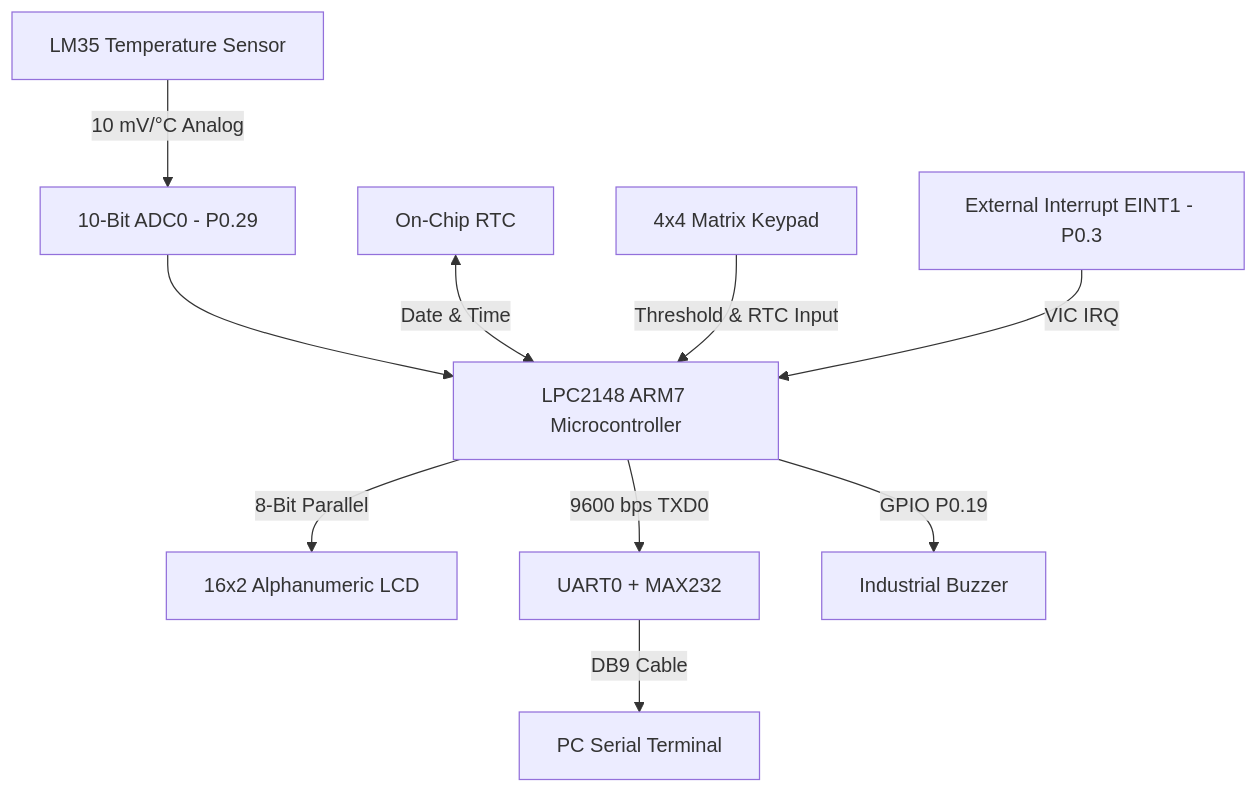
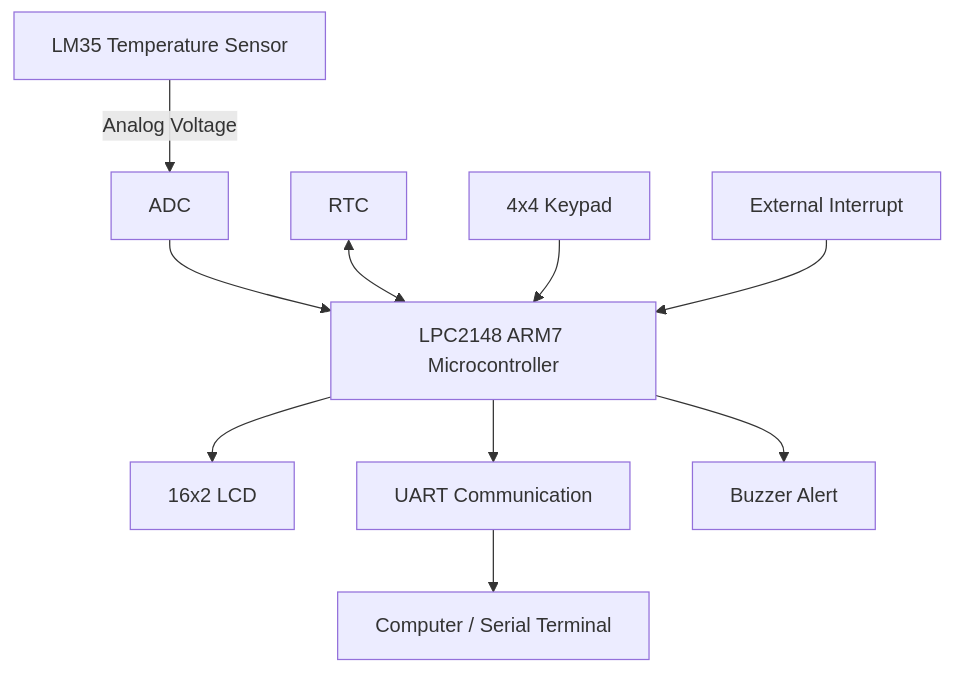
One commit to maghambhanu/LPC2148-Industrial-Environment-Monitor changed the first of 10 diagrams in README.md. Above: the diagram before and after it, drawn with Mermaid. The commit also changed other lines of this file, not shown here.

````diff
--- a/README.md
+++ b/README.md
@@ -71,12 +61,12 @@
 ```mermaid
 flowchart TD
-    A[LM35 Temperature Sensor] -->|10 mV/°C Analog| B[10-Bit ADC0 - P0.29]
+    A[LM35 Temperature Sensor] -->|Analog Voltage| B[ADC]
     B --> C[LPC2148 ARM7 Microcontroller]
-    D[On-Chip RTC] <-->|Date & Time| C
-    E[4x4 Matrix Keypad] -->|Threshold & RTC Input| C
-    F[External Interrupt EINT1 - P0.3] -->|VIC IRQ| C
-    C -->|8-Bit Parallel| G[16x2 Alphanumeric LCD]
-    C -->|9600 bps TXD0| H[UART0 + MAX232]
-    H -->|DB9 Cable| I[PC Serial Terminal]
-    C -->|GPIO P0.19| J[Industrial Buzzer]
+    D[RTC] <--> C
+    E[4x4 Keypad] --> C
+    F[External Interrupt] --> C
+    C --> G[16x2 LCD]
+    C --> H[UART Communication]
+    H --> I[Computer / Serial Terminal]
+    C --> J[Buzzer Alert]
 ```
````
